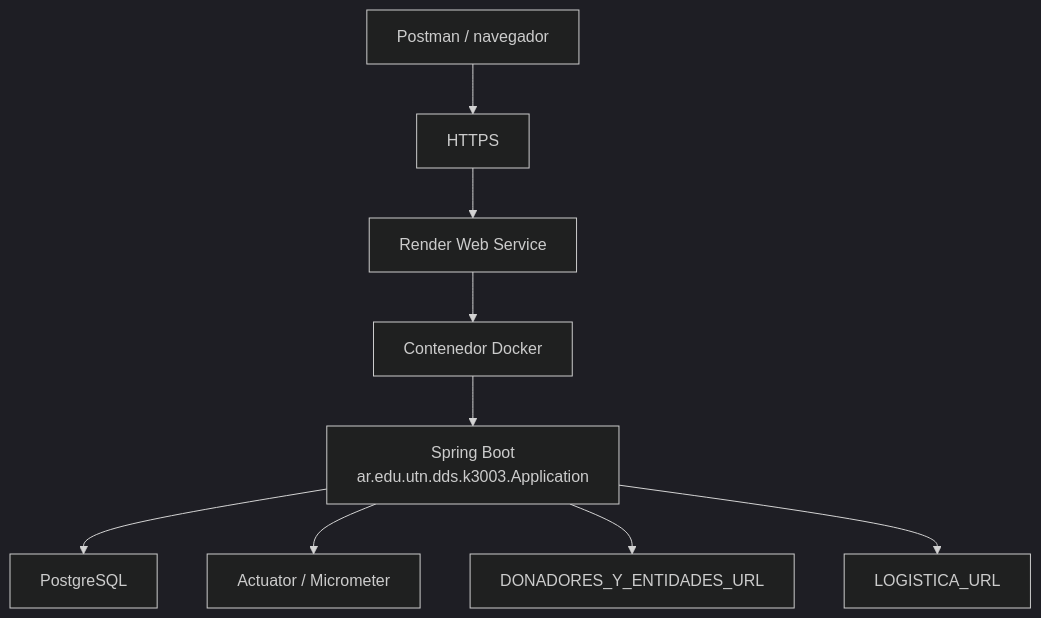
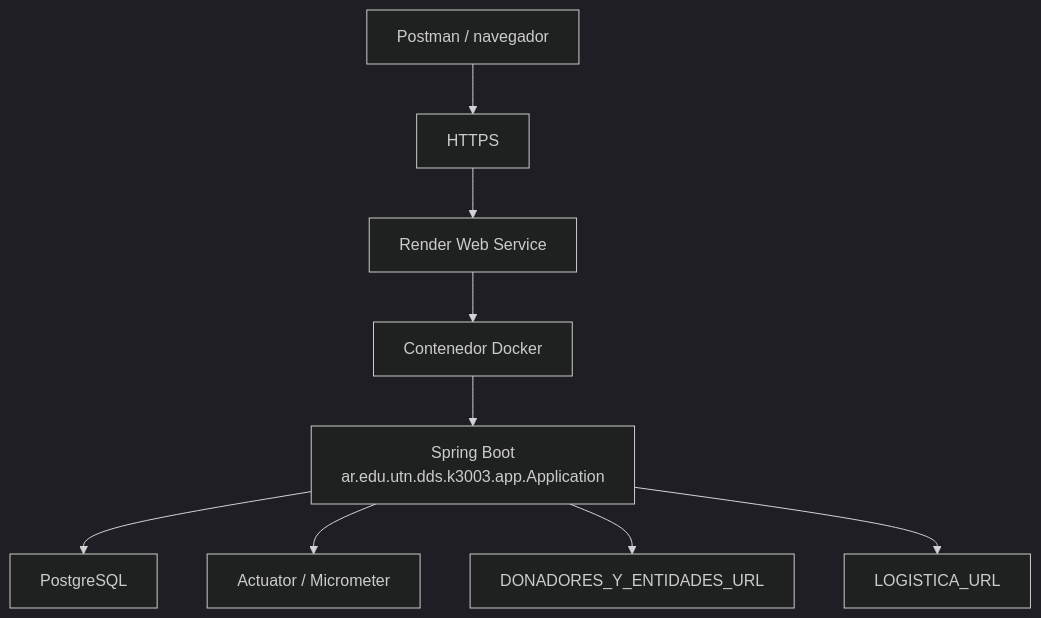
The second of 2 diagrams in docs/arquitectura.md (2026-ddsi-tpa-diseno-en-beta/donaciones), drawn with Mermaid (dark theme) before and after one commit. The commit also changed other lines of this file and 16 other files, not shown here.

````diff
--- a/docs/arquitectura.md
+++ b/docs/arquitectura.md
@@ -54,12 +54,12 @@
 ```mermaid
 flowchart TB
   User["Postman / navegador"] --> Internet["HTTPS"]
   Internet --> Render["Render Web Service"]
   Render --> Container["Contenedor Docker"]
-  Container --> App["Spring Boot\nar.edu.utn.dds.k3003.Application"]
+  Container --> App["Spring Boot\nar.edu.utn.dds.k3003.app.Application"]
   App --> DB["PostgreSQL"]
   App --> Metrics["Actuator / Micrometer"]
 
   App --> DonadoresURL["DONADORES_Y_ENTIDADES_URL"]
   App --> LogisticaURL["LOGISTICA_URL"]
 ```
````
